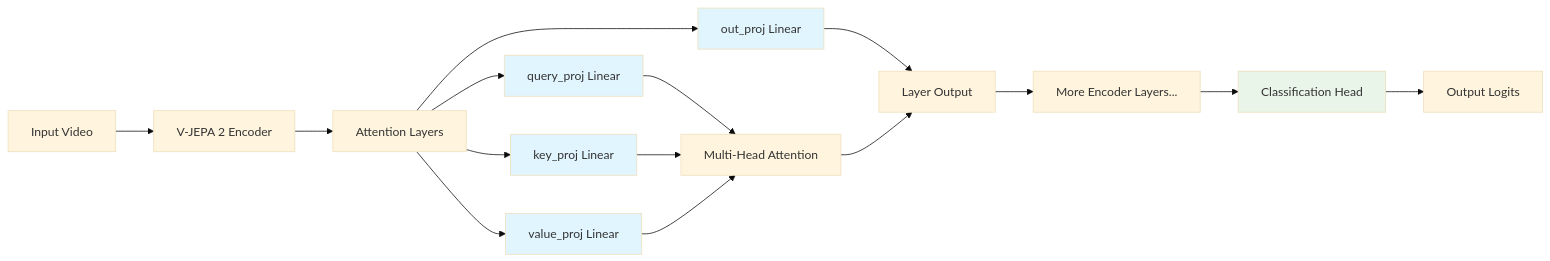
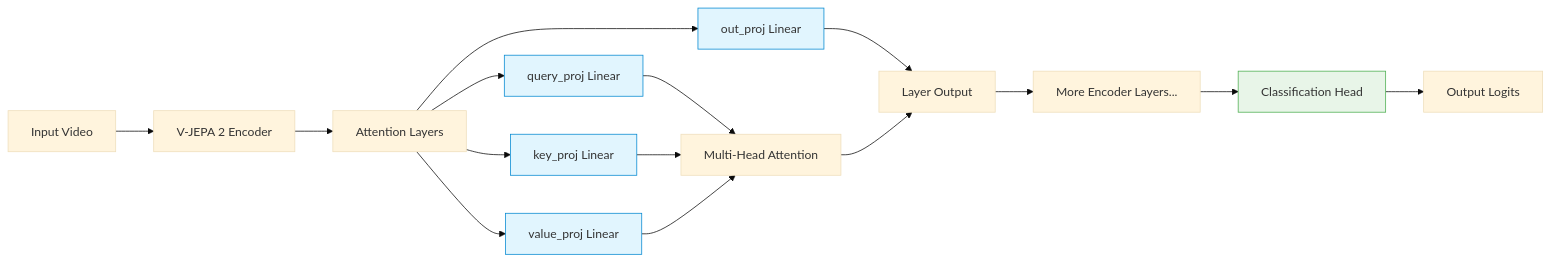
The third of 8 diagrams in docs/lora_architecture_diagrams.md (ZacCarrico/vjepa2), drawn with Mermaid (base theme) before and after one commit. The commit also changed other lines of this file and 1 other file, not shown here.

````diff
--- a/docs/lora_architecture_diagrams.md
+++ b/docs/lora_architecture_diagrams.md
@@ -36,23 +36,23 @@
 ```mermaid
 graph LR
     A[Input Video] --> B[V-JEPA 2 Encoder]
     B --> C[Attention Layers]
     C --> D[query_proj Linear]
     C --> E[key_proj Linear]
     C --> F[value_proj Linear]
     C --> G[out_proj Linear]
     D --> H[Multi-Head Attention]
     E --> H
     F --> H
     G --> I[Layer Output]
     H --> I
     I --> J[More Encoder Layers...]
     J --> K[Classification Head]
     K --> L[Output Logits]
 
-    style D fill:#e1f5fe
-    style E fill:#e1f5fe
-    style F fill:#e1f5fe
-    style G fill:#e1f5fe
-    style K fill:#e8f5e8
+    style D fill:#e1f5fe,stroke:#0288d1
+    style E fill:#e1f5fe,stroke:#0288d1
+    style F fill:#e1f5fe,stroke:#0288d1
+    style G fill:#e1f5fe,stroke:#0288d1
+    style K fill:#e8f5e8,stroke:#4caf50
 ```
````
